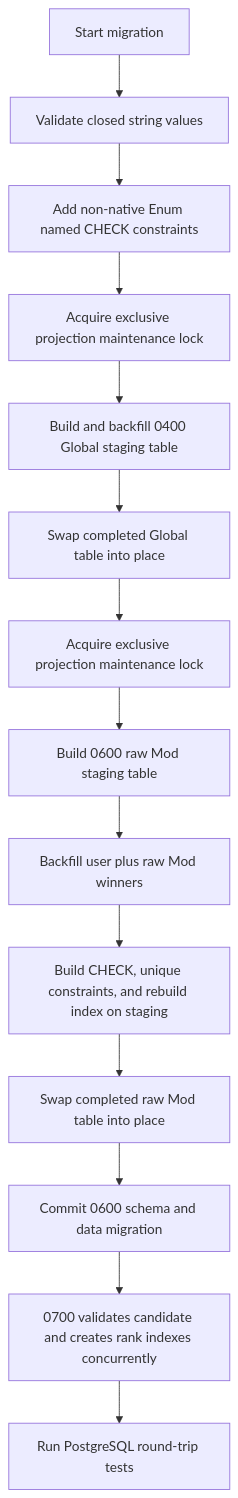
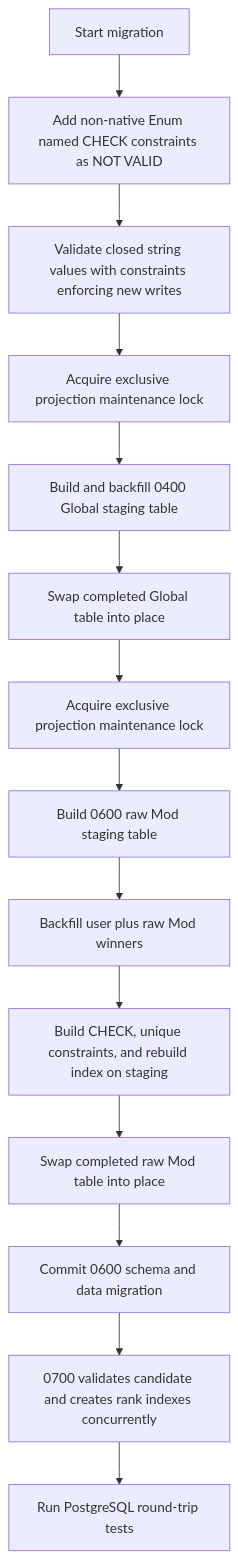
Before and after one commit to Reticulmz/athena: the sixth of 6 diagrams in .kiro/specs/beatmap-leaderboards/design.md, drawn with Mermaid. The commit also changed other lines of this file and 7 other files, not shown here.

````diff
--- a/.kiro/specs/beatmap-leaderboards/design.md
+++ b/.kiro/specs/beatmap-leaderboards/design.md
@@ -916,16 +916,16 @@
 ```mermaid
 graph TB
-    Start[Start migration] --> ValidateClosedValues[Validate closed string values]
-    ValidateClosedValues --> AddChecks[Add non-native Enum named CHECK constraints]
-    AddChecks --> LockGlobalWrites[Acquire exclusive projection maintenance lock]
+    Start[Start migration] --> AddChecks[Add non-native Enum named CHECK constraints as NOT VALID]
+    AddChecks --> ValidateClosedValues[Validate closed string values with constraints enforcing new writes]
+    ValidateClosedValues --> LockGlobalWrites[Acquire exclusive projection maintenance lock]
     LockGlobalWrites --> BuildGlobalStaging[Build and backfill 0400 Global staging table]
     BuildGlobalStaging --> SwapGlobal[Swap completed Global table into place]
     SwapGlobal --> LockModWrites[Acquire exclusive projection maintenance lock]
     LockModWrites --> BuildModStaging[Build 0600 raw Mod staging table]
     BuildModStaging --> RebuildProjection[Backfill user plus raw Mod winners]
     RebuildProjection --> ConstrainMods[Build CHECK, unique constraints, and rebuild index on staging]
     ConstrainMods --> SwapMod[Swap completed raw Mod table into place]
     SwapMod --> CommitProjection[Commit 0600 schema and data migration]
     CommitProjection --> AddIndexes[0700 validates candidate and creates rank indexes concurrently]
     AddIndexes --> Verify[Run PostgreSQL round-trip tests]
 ```
````
